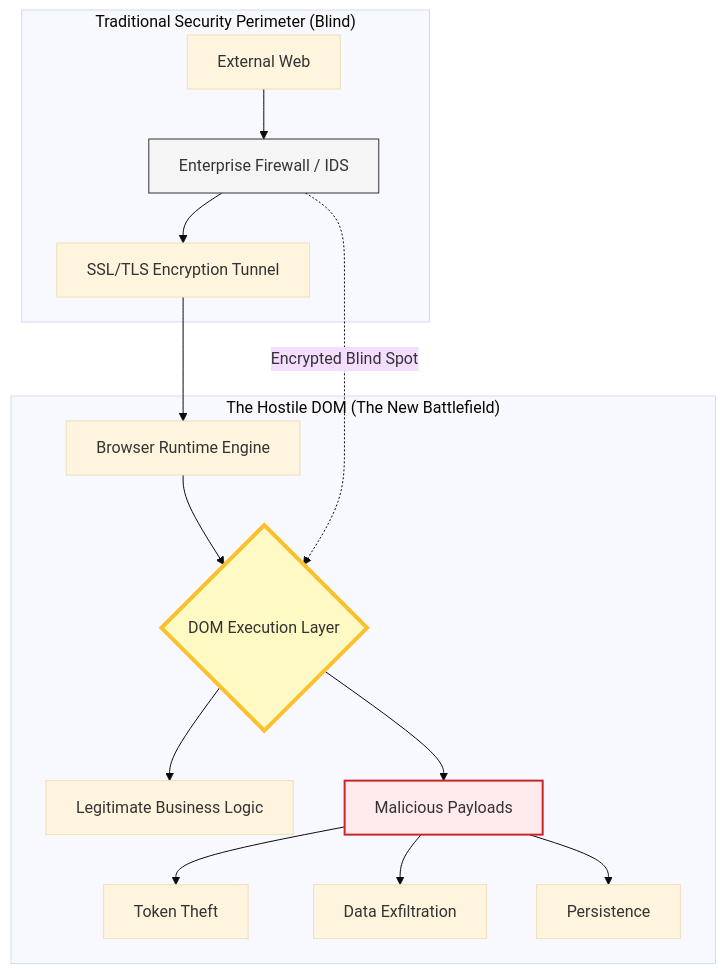
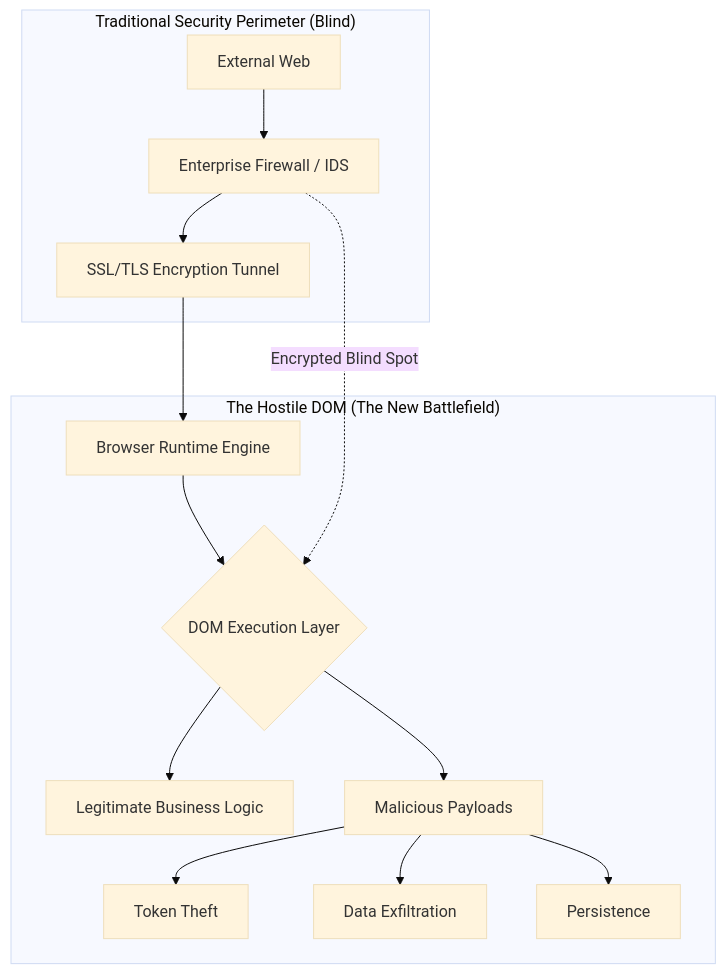
Diagram 11 of 11 in docs/projects/blogs/security/dom_exploits/00-hostile-dom-summary.md (sujith-eag/sujith-library), drawn with Mermaid (base theme) before and after one commit. The commit also changed other lines of this file and 10 other files, not shown here.

````diff
--- a/docs/projects/blogs/security/dom_exploits/00-hostile-dom-summary.md
+++ b/docs/projects/blogs/security/dom_exploits/00-hostile-dom-summary.md
@@ -744,23 +742,19 @@
 ```mermaid
 graph TD
     subgraph "Traditional Security Perimeter (Blind)"
     A[External Web] --> B[Enterprise Firewall / IDS]
     B --> C[SSL/TLS Encryption Tunnel]
     end
     
     subgraph "The Hostile DOM (The New Battlefield)"
     C --> D[Browser Runtime Engine]
     D --> E{DOM Execution Layer}
     E --> F[Legitimate Business Logic]
     E --> G[Malicious Payloads]
     G --> H[Token Theft]
     G --> I[Data Exfiltration]
     G --> J[Persistence]
     end
     
     B -.->|Encrypted Blind Spot| E
-    
-    style B fill:#f5f5f5,stroke:#333
-    style E fill:#fff9c4,stroke:#fbc02d,stroke-width:4px
-    style G fill:#ffebee,stroke:#c62828,stroke-width:2px
 ```
````
